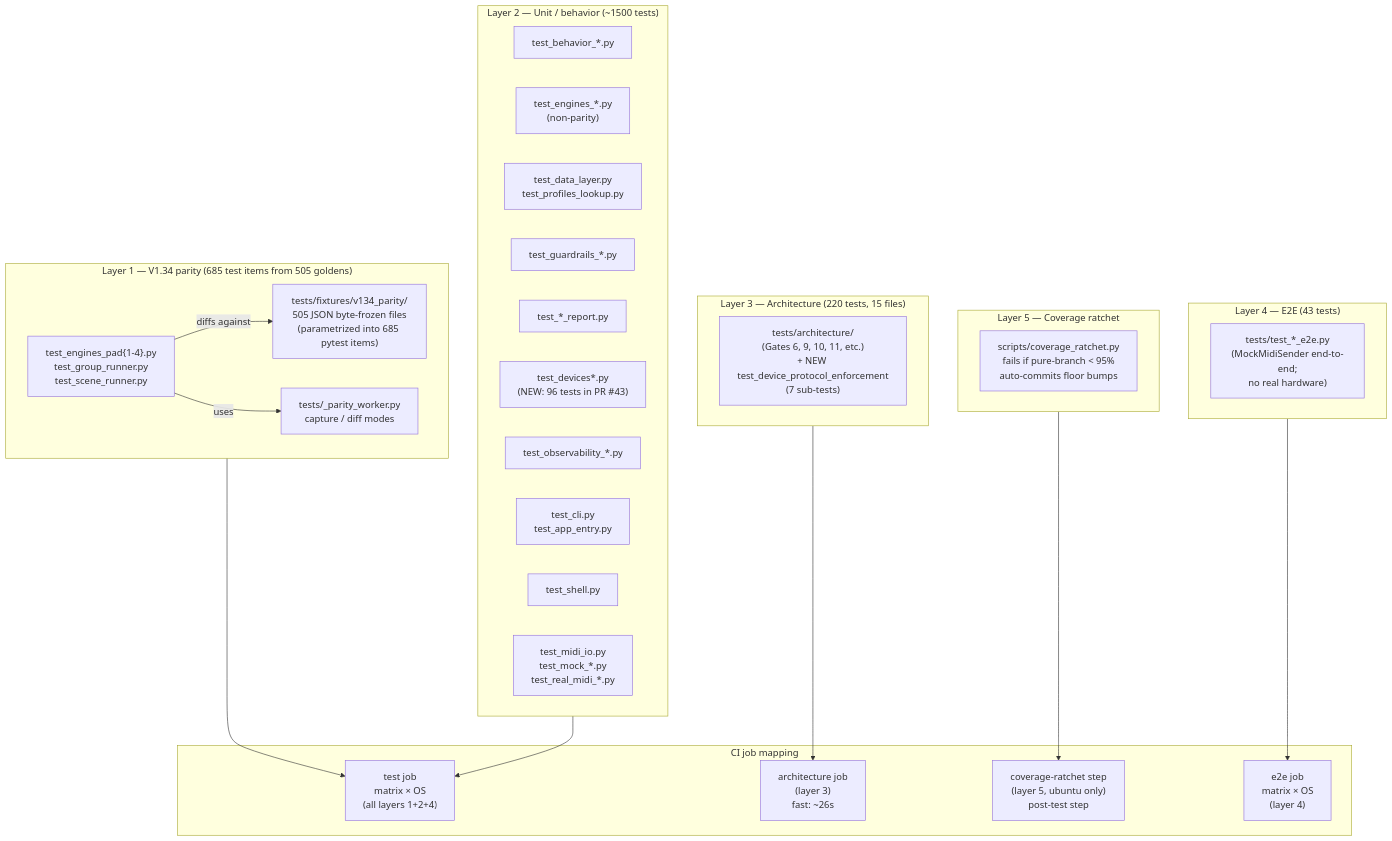
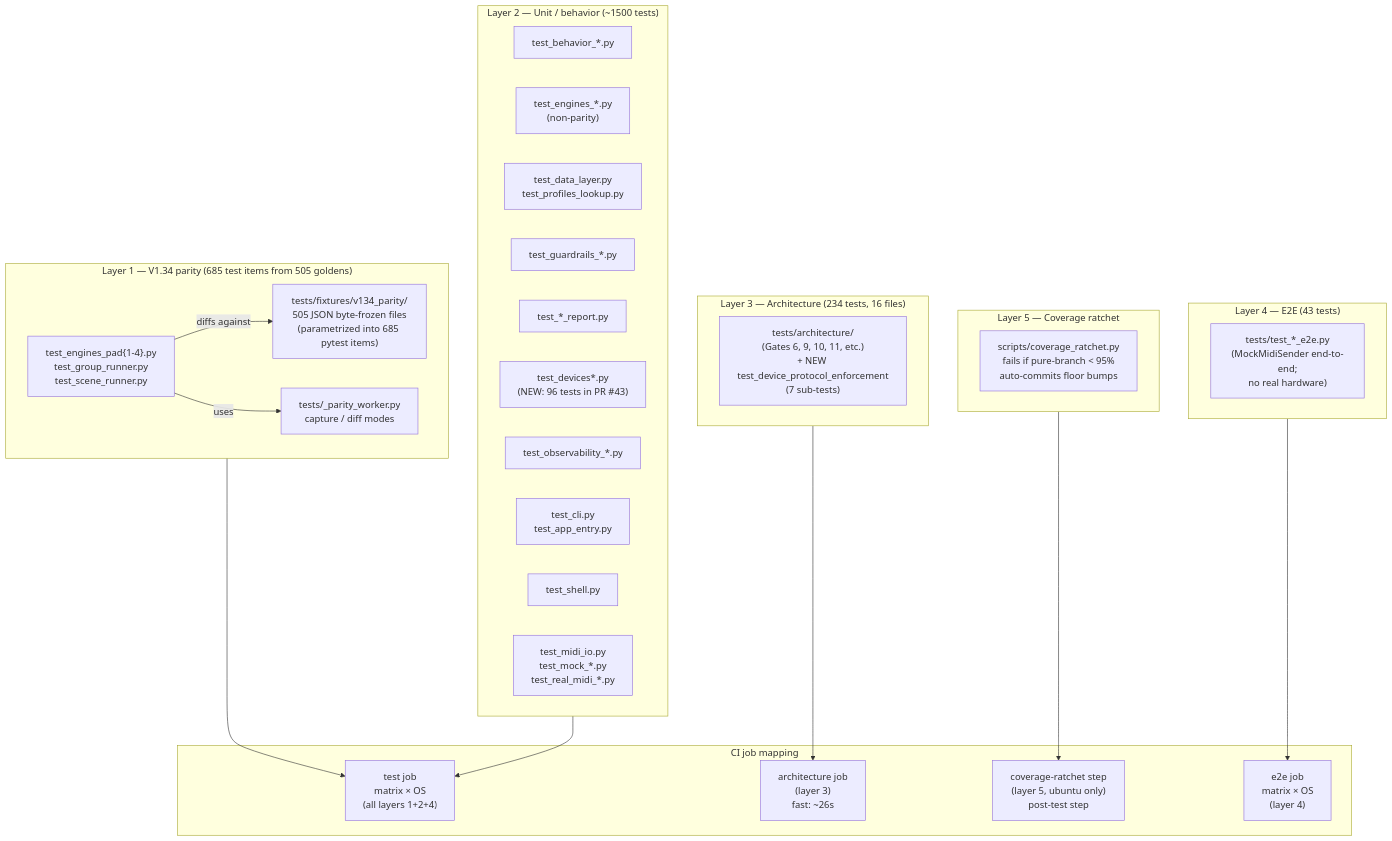
Diagram 13 of 26 in docs/ARCHITECTURE_DIAGRAMS.md (buzzijose-hub/RytmRandomizer), drawn with Mermaid before and after one commit. The commit also changed other lines of this file and 5 other files, not shown here.

````diff
--- a/docs/ARCHITECTURE_DIAGRAMS.md
+++ b/docs/ARCHITECTURE_DIAGRAMS.md
@@ -850,49 +850,49 @@
 ```mermaid
 flowchart TB
     subgraph Layer1["Layer 1 — V1.34 parity (685 test items from 505 goldens)"]
         Goldens["tests/fixtures/v134_parity/<br/>505 JSON byte-frozen files<br/>(parametrized into 685 pytest items)"]
         ParityTests["test_engines_pad{1-4}.py<br/>test_group_runner.py<br/>test_scene_runner.py"]
         ParityWorker["tests/_parity_worker.py<br/>capture / diff modes"]
     end
 
     subgraph Layer2["Layer 2 — Unit / behavior (~1500 tests)"]
         BehaviorTests["test_behavior_*.py"]
         EngineUnits["test_engines_*.py<br/>(non-parity)"]
         DataTests["test_data_layer.py<br/>test_profiles_lookup.py"]
         GuardrailsTests["test_guardrails_*.py"]
         ReportsTests["test_*_report.py"]
         DeviceTests["test_devices*.py<br/>(NEW: 96 tests in PR #43)"]
         ObservabilityTests["test_observability_*.py"]
         CliTests["test_cli.py<br/>test_app_entry.py"]
         ShellTests["test_shell.py"]
         MidiTests["test_midi_io.py<br/>test_mock_*.py<br/>test_real_midi_*.py"]
     end
 
-    subgraph Layer3["Layer 3 — Architecture (220 tests, 15 files)"]
+    subgraph Layer3["Layer 3 — Architecture (234 tests, 16 files)"]
         ArchTests["tests/architecture/<br/>(Gates 6, 9, 10, 11, etc.)<br/>+ NEW test_device_protocol_enforcement<br/>(7 sub-tests)"]
     end
 
     subgraph Layer4["Layer 4 — E2E (43 tests)"]
         E2ETests["tests/test_*_e2e.py<br/>(MockMidiSender end-to-end;<br/>no real hardware)"]
     end
 
     subgraph Layer5["Layer 5 — Coverage ratchet"]
         CovScript["scripts/coverage_ratchet.py<br/>fails if pure-branch < 95%<br/>auto-commits floor bumps"]
     end
 
     subgraph CIJobs["CI job mapping"]
         TestJob["test job<br/>matrix × OS<br/>(all layers 1+2+4)"]
         ArchJob["architecture job<br/>(layer 3)<br/>fast: ~26s"]
         CovJob["coverage-ratchet step<br/>(layer 5, ubuntu only)<br/>post-test step"]
         E2EJob["e2e job<br/>matrix × OS<br/>(layer 4)"]
     end
 
     Layer1 --> TestJob
     Layer2 --> TestJob
     Layer3 --> ArchJob
     Layer4 --> E2EJob
     Layer5 --> CovJob
 
     ParityTests -->|"diffs against"| Goldens
     ParityTests -->|"uses"| ParityWorker
 ```
````
